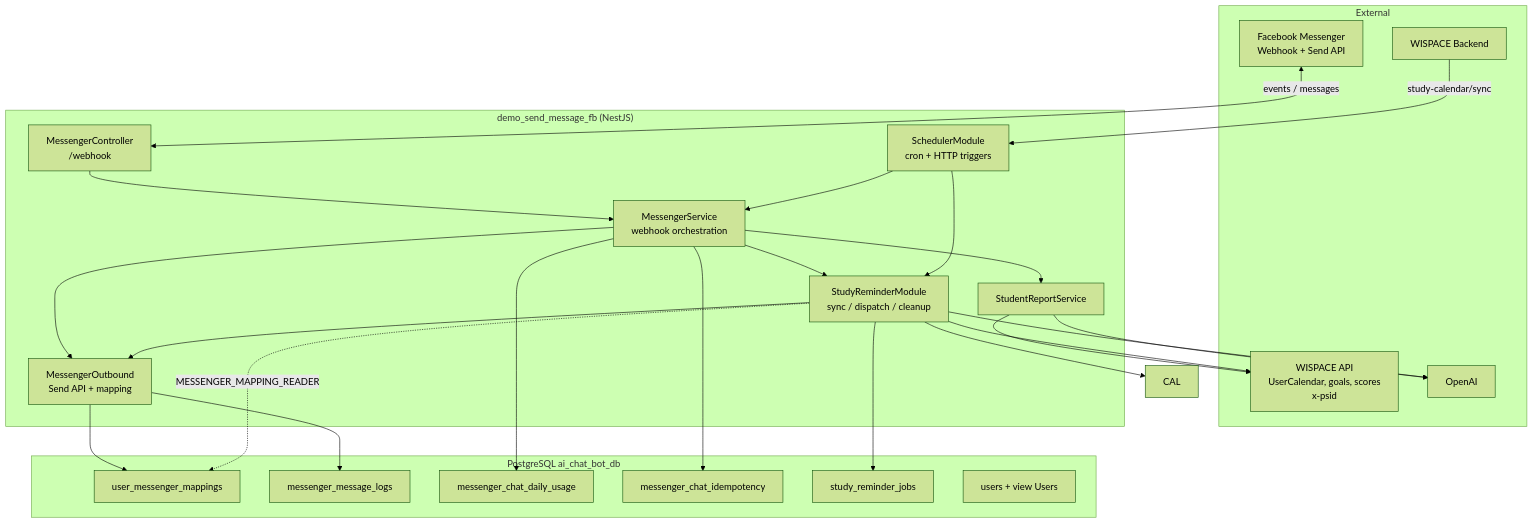
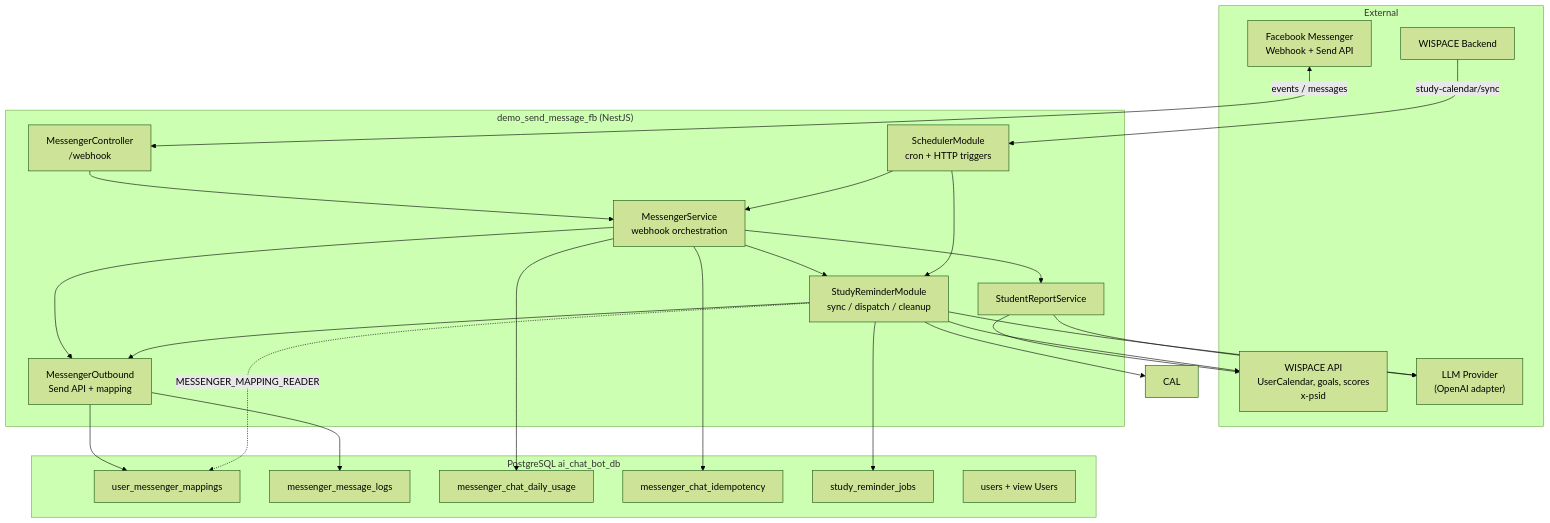
Before and after one commit to lengocanh2005it/messenger-ai-for-student: the diagram in apps/messenger-bot/docs/project-overview.md, drawn with Mermaid (forest theme). The commit also changed 49 other files, not shown here.

First line of the commit message:
feat(llm-agent): implement provider abstraction — adapter pattern decouple LLM core from harness (#32)

````diff
--- a/apps/messenger-bot/docs/project-overview.md
+++ b/apps/messenger-bot/docs/project-overview.md
@@ -44,48 +44,48 @@
 ```mermaid
 flowchart TB
   subgraph External
     FB["Facebook Messenger\nWebhook + Send API"]
     WISPACE["WISPACE Backend"]
     WAPI["WISPACE API\nUserCalendar, goals, scores\nx-psid"]
-    OAI["OpenAI"]
+    OAI["LLM Provider\n(OpenAI adapter)"]
   end
 
   subgraph App["demo_send_message_fb (NestJS)"]
     WH["MessengerController\n/webhook"]
     MS["MessengerService\nwebhook orchestration"]
     OUT["MessengerOutbound\nSend API + mapping"]
     SR["StudentReportService"]
     ST["StudyReminderModule\nsync / dispatch / cleanup"]
     CRON["SchedulerModule\ncron + HTTP triggers"]
   end
 
   subgraph DB["PostgreSQL ai_chat_bot_db"]
     MAP["user_messenger_mappings"]
     LOG["messenger_message_logs"]
     USAGE["messenger_chat_daily_usage"]
     IDEM["messenger_chat_idempotency"]
     JOBS["study_reminder_jobs"]
     USR["users + view Users"]
   end
 
   FB <-->|events / messages| WH
   WH --> MS
   MS --> SR
   MS --> ST
   MS --> OUT
   ST --> OUT
   CRON --> MS
   CRON --> ST
   SR --> WAPI
   SR --> OAI
   WISPACE -->|study-calendar/sync| CRON
   ST --> WAPI
   ST --> OAI
   ST --> CAL
   OUT --> MAP
   OUT --> LOG
   MS --> USAGE
   MS --> IDEM
   ST --> JOBS
   ST -.->|MESSENGER_MAPPING_READER| MAP
 ```
````
